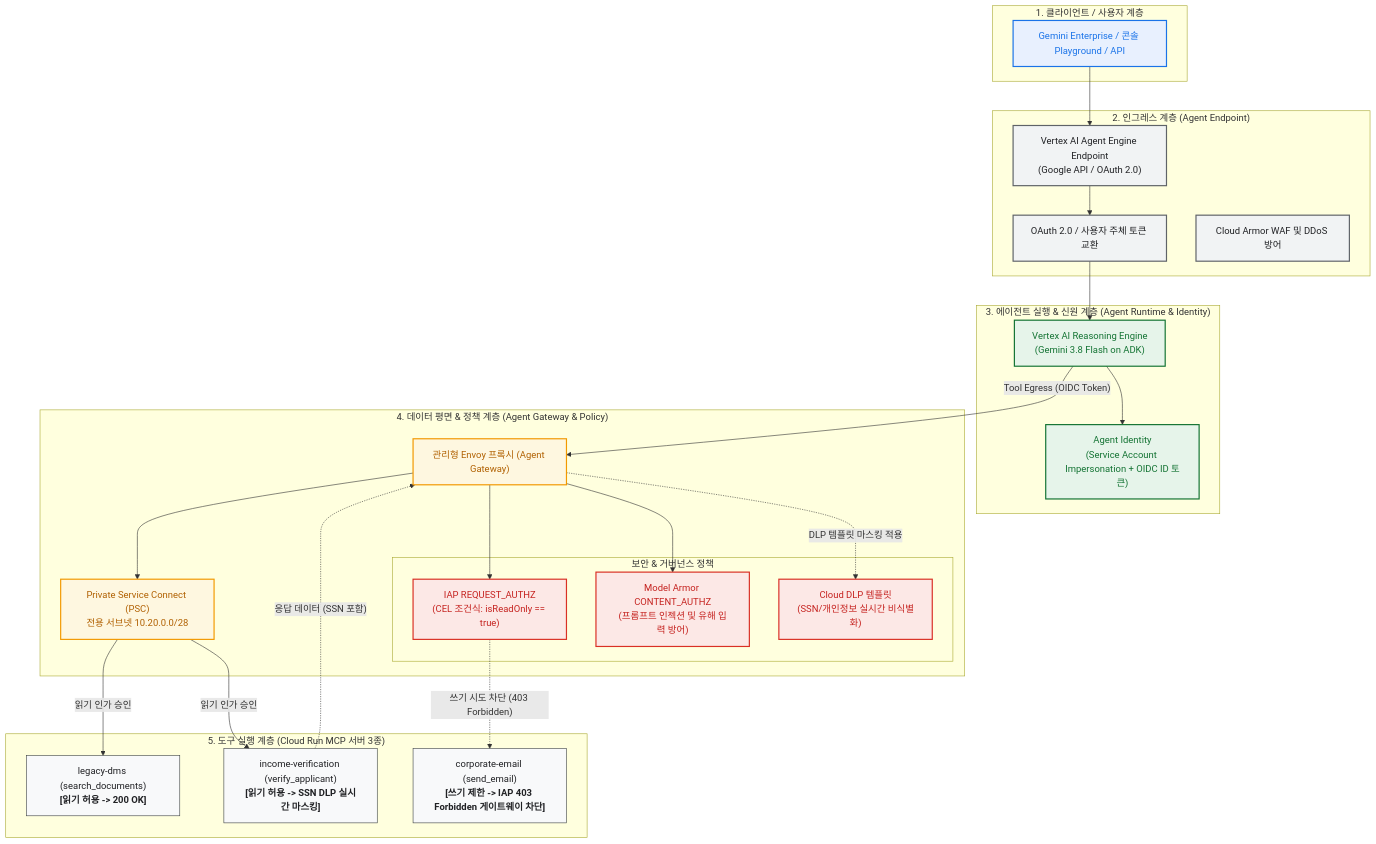
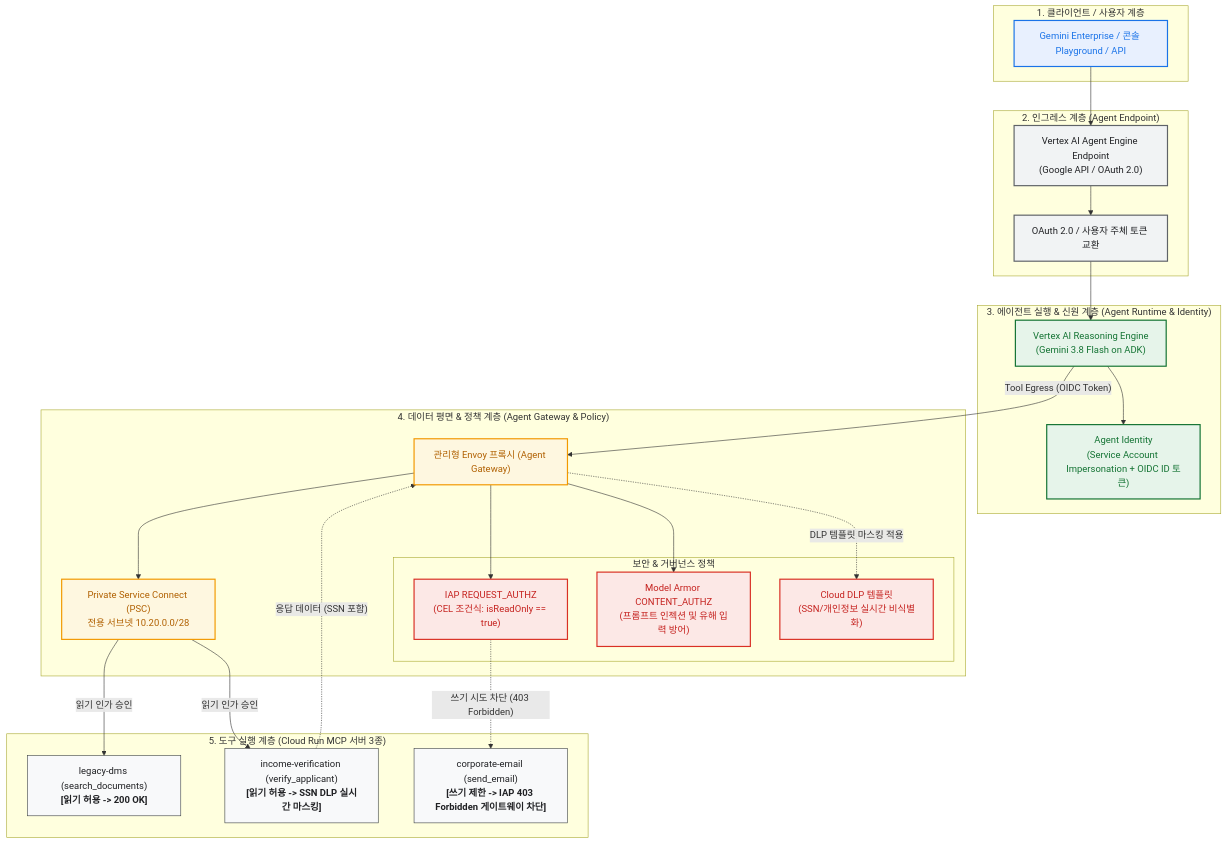
One commit to ddiger/gemini-enterprise-agent-engine changed the diagram in docs/GCP_DEPLOYMENT_GUIDE.ko.md. Above: the diagram before and after it, drawn with Mermaid. The commit also changed 2 other files, not shown here.

Commit message:
docs: remove redundant Cloud Armor references and ground Agent Endpoint to Google Managed API

````diff
--- a/docs/GCP_DEPLOYMENT_GUIDE.ko.md
+++ b/docs/GCP_DEPLOYMENT_GUIDE.ko.md
@@ -11,58 +11,57 @@
 ```mermaid
 flowchart TD
     classDef client fill:#E8F0FE,stroke:#1A73E8,stroke-width:2px,color:#1A73E8;
     classDef ingress fill:#F1F3F4,stroke:#5F6368,stroke-width:2px,color:#202124;
     classDef runtime fill:#E6F4EA,stroke:#137333,stroke-width:2px,color:#137333;
     classDef gateway fill:#FEF7E0,stroke:#F29900,stroke-width:2px,color:#B06000;
     classDef policy fill:#FCE8E6,stroke:#D93025,stroke-width:2px,color:#C5221F;
     classDef backend fill:#F8F9FA,stroke:#3C4043,stroke-width:1px,color:#202124;
 
     subgraph CLIENT_LAYER["1. 클라이언트 / 사용자 계층"]
         Client["Gemini Enterprise / 콘솔 Playground / API"]:::client
     end
 
     subgraph INGRESS_LAYER["2. 인그레스 계층 (Agent Endpoint)"]
         Endpoint["Vertex AI Agent Engine Endpoint<br/>(Google API / OAuth 2.0)"]:::ingress
         OAuth["OAuth 2.0 / 사용자 주체 토큰 교환"]:::ingress
-        CloudArmor["Cloud Armor WAF 및 DDoS 방어"]:::ingress
     end
 
     subgraph RUNTIME_LAYER["3. 에이전트 실행 & 신원 계층 (Agent Runtime & Identity)"]
         Runtime["Vertex AI Reasoning Engine<br/>(Gemini 3.8 Flash on ADK)"]:::runtime
         Identity["Agent Identity<br/>(Service Account Impersonation + OIDC ID 토큰)"]:::runtime
     end
 
     subgraph GATEWAY_LAYER["4. 데이터 평면 & 정책 계층 (Agent Gateway & Policy)"]
         Gateway["관리형 Envoy 프록시 (Agent Gateway)"]:::gateway
         PSC["Private Service Connect (PSC)<br/>전용 서브넷 10.20.0.0/28"]:::gateway
         
         subgraph POLICY_LAYER["보안 & 거버넌스 정책"]
             IAP["IAP REQUEST_AUTHZ<br/>(CEL 조건식: isReadOnly == true)"]:::policy
             ModelArmor["Model Armor CONTENT_AUTHZ<br/>(프롬프트 인젝션 및 유해 입력 방어)"]:::policy
             DLP["Cloud DLP 템플릿<br/>(SSN/개인정보 실시간 비식별화)"]:::policy
         end
     end
 
     subgraph BACKEND_LAYER["5. 도구 실행 계층 (Cloud Run MCP 서버 3종)"]
         DMS["legacy-dms (search_documents)<br/><b>[읽기 허용 -> 200 OK]</b>"]:::backend
         Payroll["income-verification (verify_applicant)<br/><b>[읽기 허용 -> SSN DLP 실시간 마스킹]</b>"]:::backend
         Email["corporate-email (send_email)<br/><b>[쓰기 제한 -> IAP 403 Forbidden 게이트웨이 차단]</b>"]:::backend
     end
 
     Client --> Endpoint
     Endpoint --> OAuth
     OAuth --> Runtime
     Runtime --> Identity
     Runtime -->|"Tool Egress (OIDC Token)"| Gateway
 
     Gateway --> ModelArmor
     Gateway --> IAP
     Gateway --> PSC
     
     PSC -->|"읽기 인가 승인"| DMS
     PSC -->|"읽기 인가 승인"| Payroll
     Payroll -.->|"응답 데이터 (SSN 포함)"| Gateway
     Gateway -.->|"DLP 템플릿 마스킹 적용"| DLP
     
     IAP -.->|"쓰기 시도 차단 (403 Forbidden)"| Email
 ```
````
